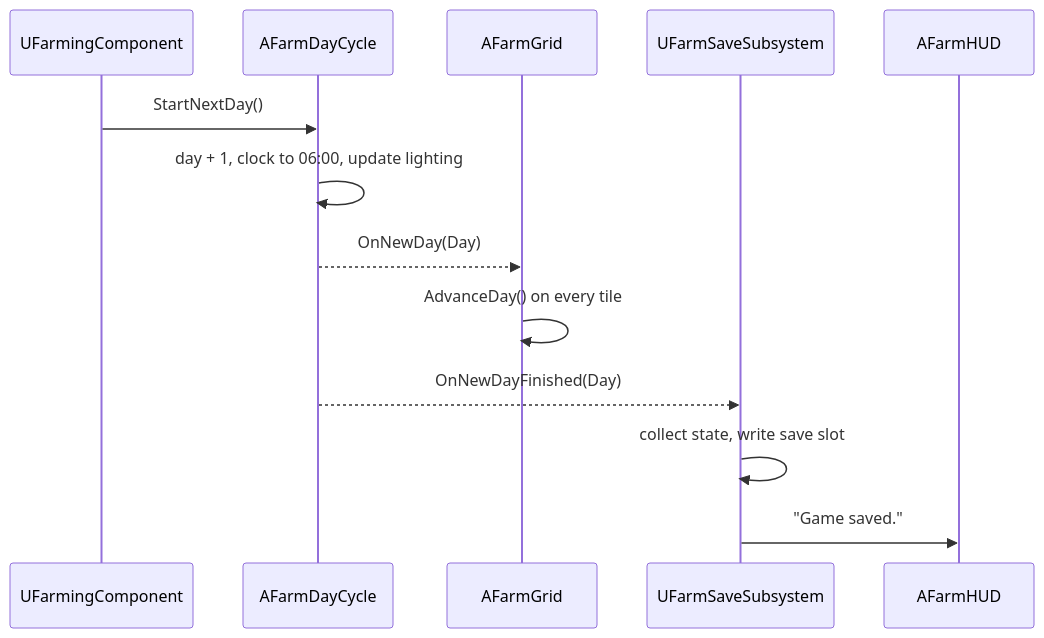
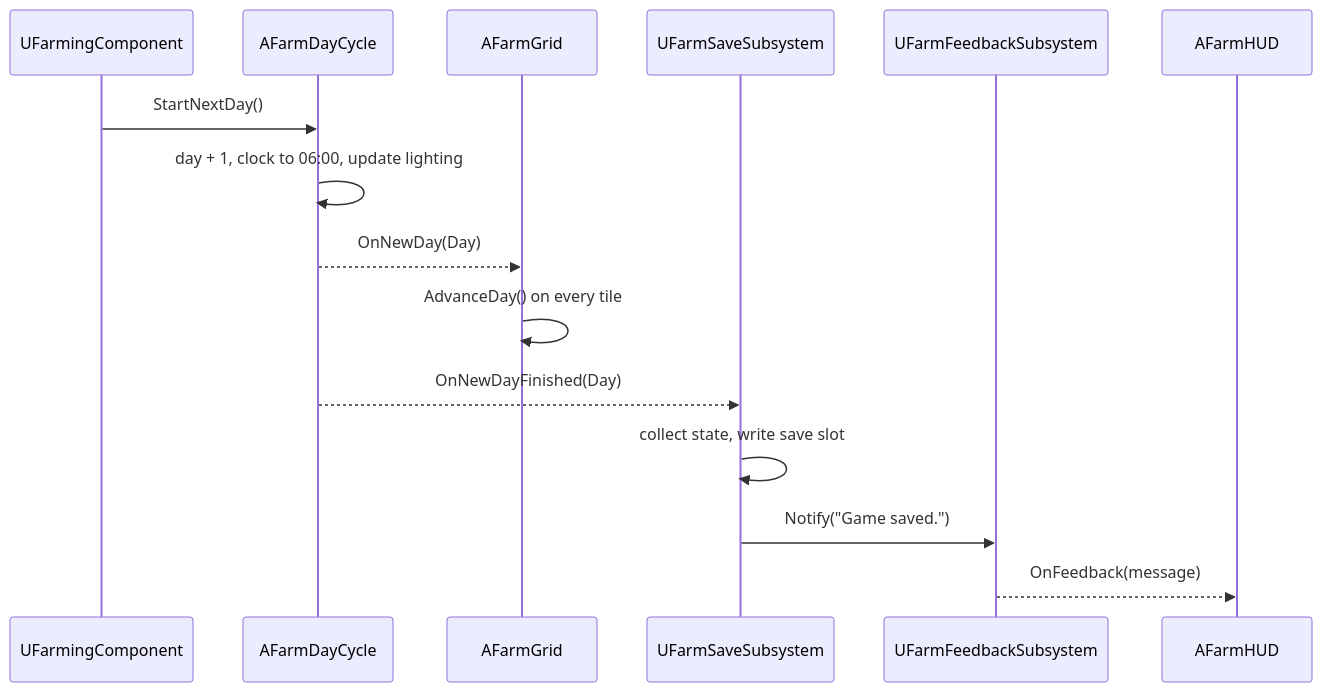
Before and after one commit to DunderGG/FarmSim: the second of 2 diagrams in Docs/Architecture.md, drawn with Mermaid. The commit also changed other lines of this file and 14 other files, not shown here.

First line of the commit message:
Send player messages through a feedback subsystem, not the HUD

````diff
--- a/Docs/Architecture.md
+++ b/Docs/Architecture.md
@@ -375,15 +376,17 @@
 ```mermaid
 sequenceDiagram
     participant Farming as UFarmingComponent
     participant DayCycle as AFarmDayCycle
     participant Grid as AFarmGrid
     participant Save as UFarmSaveSubsystem
+    participant Feedback as UFarmFeedbackSubsystem
     participant HUD as AFarmHUD
     Farming->>DayCycle: StartNextDay()
     DayCycle->>DayCycle: day + 1, clock to 06:00, update lighting
     DayCycle-->>Grid: OnNewDay(Day)
     Grid->>Grid: AdvanceDay() on every tile
     DayCycle-->>Save: OnNewDayFinished(Day)
     Save->>Save: collect state, write save slot
-    Save->>HUD: "Game saved."
+    Save->>Feedback: Notify("Game saved.")
+    Feedback-->>HUD: OnFeedback(message)
 ```
````
